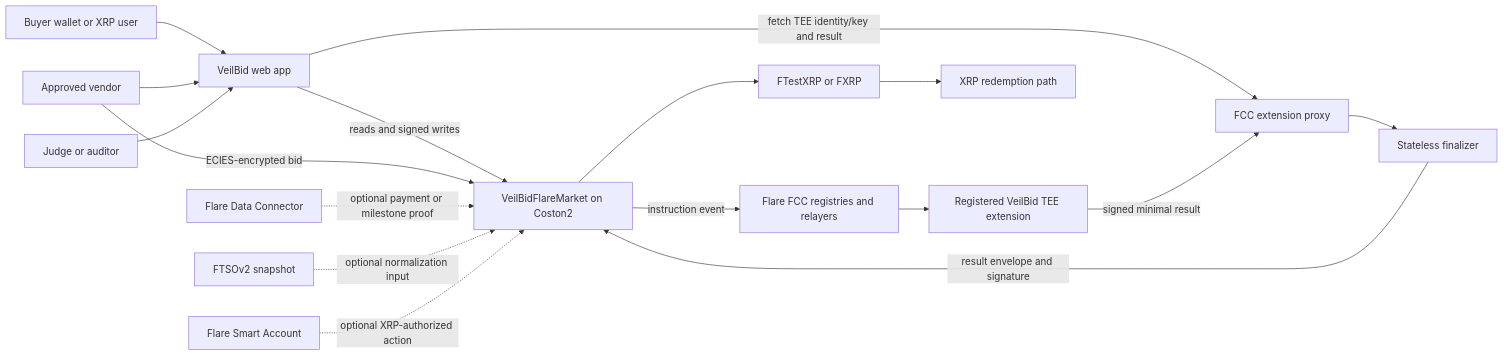
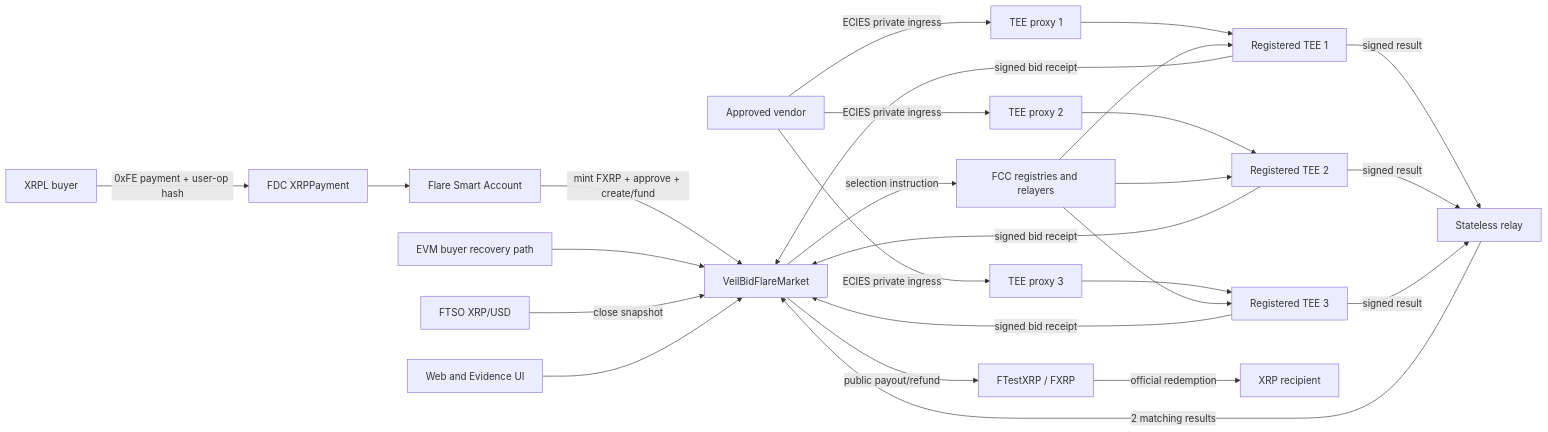
One commit to huutrungle2001/flare-quorum changed the first of 2 diagrams in docs/architecture.md. Above: the diagram before and after it, drawn with Mermaid. The commit also changed other lines of this file and 17 other files, not shown here.

Commit message:
docs: finalize Flare championship architecture

````diff
--- a/docs/architecture.md
+++ b/docs/architecture.md
@@ -18,22 +19,33 @@
 ```mermaid
 flowchart LR
-    Buyer[Buyer wallet or XRP user] --> Web[VeilBid web app]
-    Vendor[Approved vendor] --> Web
-    Observer[Judge or auditor] --> Web
+    XRPL[XRPL buyer] -->|0xFE payment + user-op hash| FDC[FDC XRPPayment]
+    FDC --> SA[Flare Smart Account]
+    SA -->|mint FXRP + approve + create/fund| Market[VeilBidFlareMarket]
 
-    Web -->|reads and signed writes| Market[VeilBidFlareMarket on Coston2]
-    Web -->|fetch TEE identity/key and result| Proxy[FCC extension proxy]
-    Vendor -->|ECIES-encrypted bid| Market
+    EVM[EVM buyer recovery path] --> Market
+    Vendor[Approved vendor] -->|ECIES private ingress| P1[TEE proxy 1]
+    Vendor -->|ECIES private ingress| P2[TEE proxy 2]
+    Vendor -->|ECIES private ingress| P3[TEE proxy 3]
 
-    Market -->|instruction event| FCC[Flare FCC registries and relayers]
-    FCC --> TEE[Registered VeilBid TEE extension]
-    TEE -->|signed minimal result| Proxy
-    Proxy --> Finalizer[Stateless finalizer]
-    Finalizer -->|result envelope and signature| Market
+    P1 --> T1[Registered TEE 1]
+    P2 --> T2[Registered TEE 2]
+    P3 --> T3[Registered TEE 3]
+    T1 -->|signed bid receipt| Market
+    T2 -->|signed bid receipt| Market
+    T3 -->|signed bid receipt| Market
 
-    Market --> Asset[FTestXRP or FXRP]
-    Asset --> XRPL[XRP redemption path]
-    FDC[Flare Data Connector] -.->|optional payment or milestone proof| Market
-    FTSO[FTSOv2 snapshot] -.->|optional normalization input| Market
-    SmartAccount[Flare Smart Account] -.->|optional XRP-authorized action| Market
+    FTSO[FTSO XRP/USD] -->|close snapshot| Market
+    Market -->|selection instruction| FCC[FCC registries and relayers]
+    FCC --> T1
+    FCC --> T2
+    FCC --> T3
+
+    T1 -->|signed result| Relay[Stateless relay]
+    T2 -->|signed result| Relay
+    T3 -->|signed result| Relay
+    Relay -->|2 matching results| Market
+
+    Market -->|public payout/refund| FXRP[FTestXRP / FXRP]
+    FXRP -->|official redemption| XRP[XRP recipient]
+    Web[Web and Evidence UI] --> Market
 ```
````
